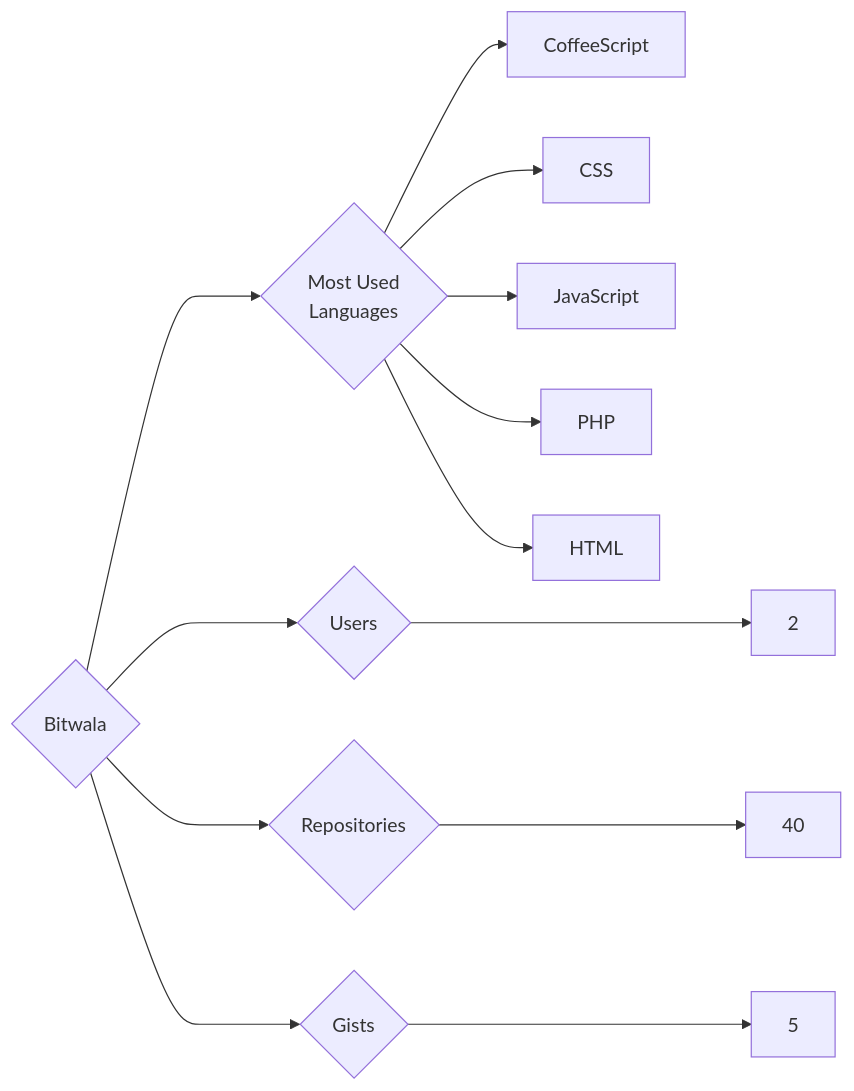
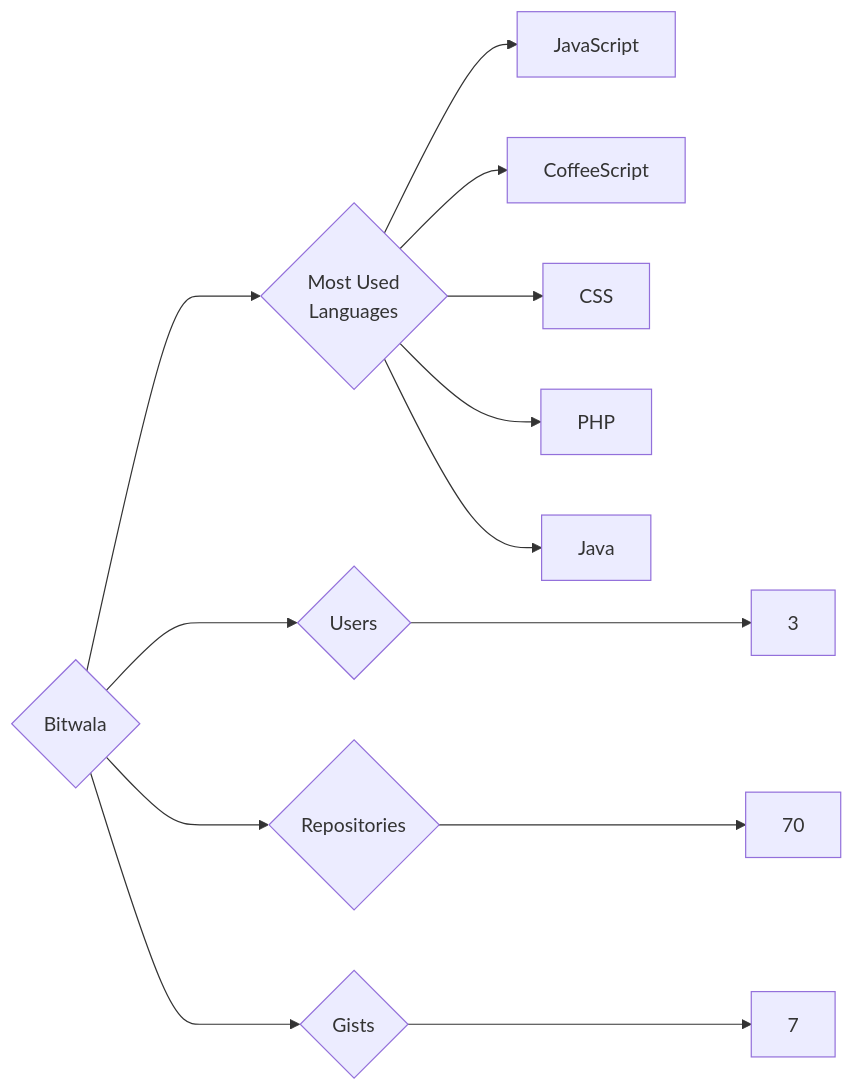
The diagram in targets/Bitwala/README.md (trickest/insiders), drawn with Mermaid before and after one commit. The commit also changed 951 other files, not shown here.

````diff
--- a/targets/Bitwala/README.md
+++ b/targets/Bitwala/README.md
@@ -3,13 +3,13 @@
 ```mermaid
 graph LR
 COMPANY_NAME{Bitwala}
-COMPANY_NAME ---> U{Users} ---> UN[2]
-COMPANY_NAME ---> R{Repositories} ---> RN[40]
-COMPANY_NAME ---> G{Gists} ---> GN[5]
+COMPANY_NAME ---> U{Users} ---> UN[3]
+COMPANY_NAME ---> R{Repositories} ---> RN[70]
+COMPANY_NAME ---> G{Gists} ---> GN[7]
 COMPANY_NAME ---> ML{Most Used<br>Languages}
-ML --> CoffeeScript
-ML --> CSS
-ML --> JavaScript
-ML --> PHP
-ML --> HTML
+ML --> JavaScript[JavaScript]
+ML --> CoffeeScript[CoffeeScript]
+ML --> CSS[CSS]
+ML --> PHP[PHP]
+ML --> Java[Java]
 ```
````
